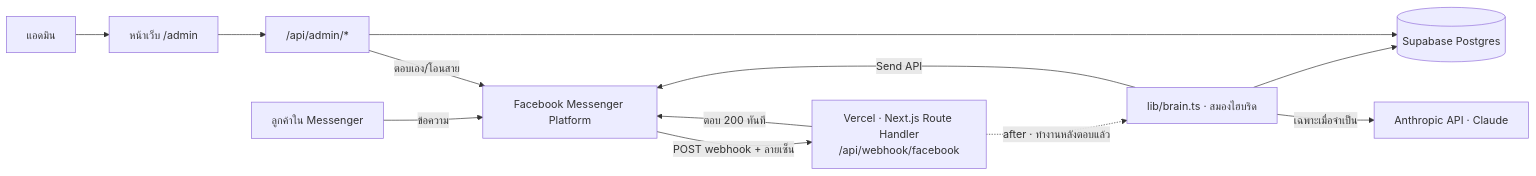
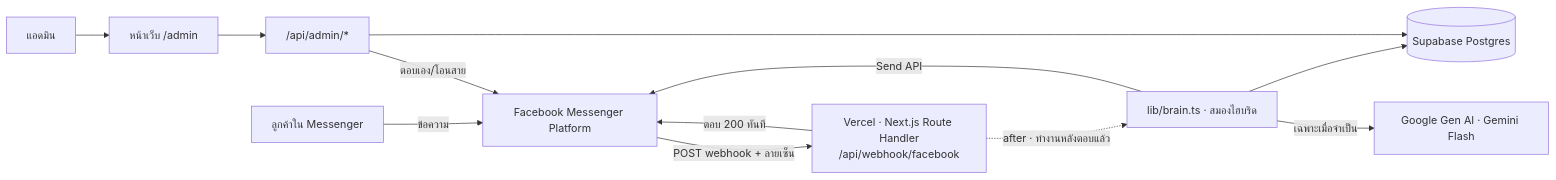
Before and after one commit to tonpalearn/tonpalearn-fbbot: the first of 7 diagrams in docs/SPEC.md, drawn with Mermaid. The commit also changed other lines of this file and 13 other files, not shown here.

First line of the commit message:
feat: เปลี่ยนสมองบอตจาก Claude เป็น Gemini Flash

````diff
--- a/docs/SPEC.md
+++ b/docs/SPEC.md
@@ -189,14 +190,14 @@
 ```mermaid
 flowchart LR
   U[ลูกค้าใน Messenger] -->|ข้อความ| FB[Facebook Messenger Platform]
   FB -->|POST webhook + ลายเซ็น| V["Vercel · Next.js Route Handler<br/>/api/webhook/facebook"]
   V -->|ตอบ 200 ทันที| FB
   V -.->|after · ทำงานหลังตอบแล้ว| B[lib/brain.ts · สมองไฮบริด]
   B --> S[(Supabase Postgres)]
-  B -->|เฉพาะเมื่อจำเป็น| AI[Anthropic API · Claude]
+  B -->|เฉพาะเมื่อจำเป็น| AI[Google Gen AI · Gemini Flash]
   B -->|Send API| FB
   A[แอดมิน] --> W["หน้าเว็บ /admin"]
   W --> API["/api/admin/*"]
   API --> S
   API -->|ตอบเอง/โอนสาย| FB
 ```
````
